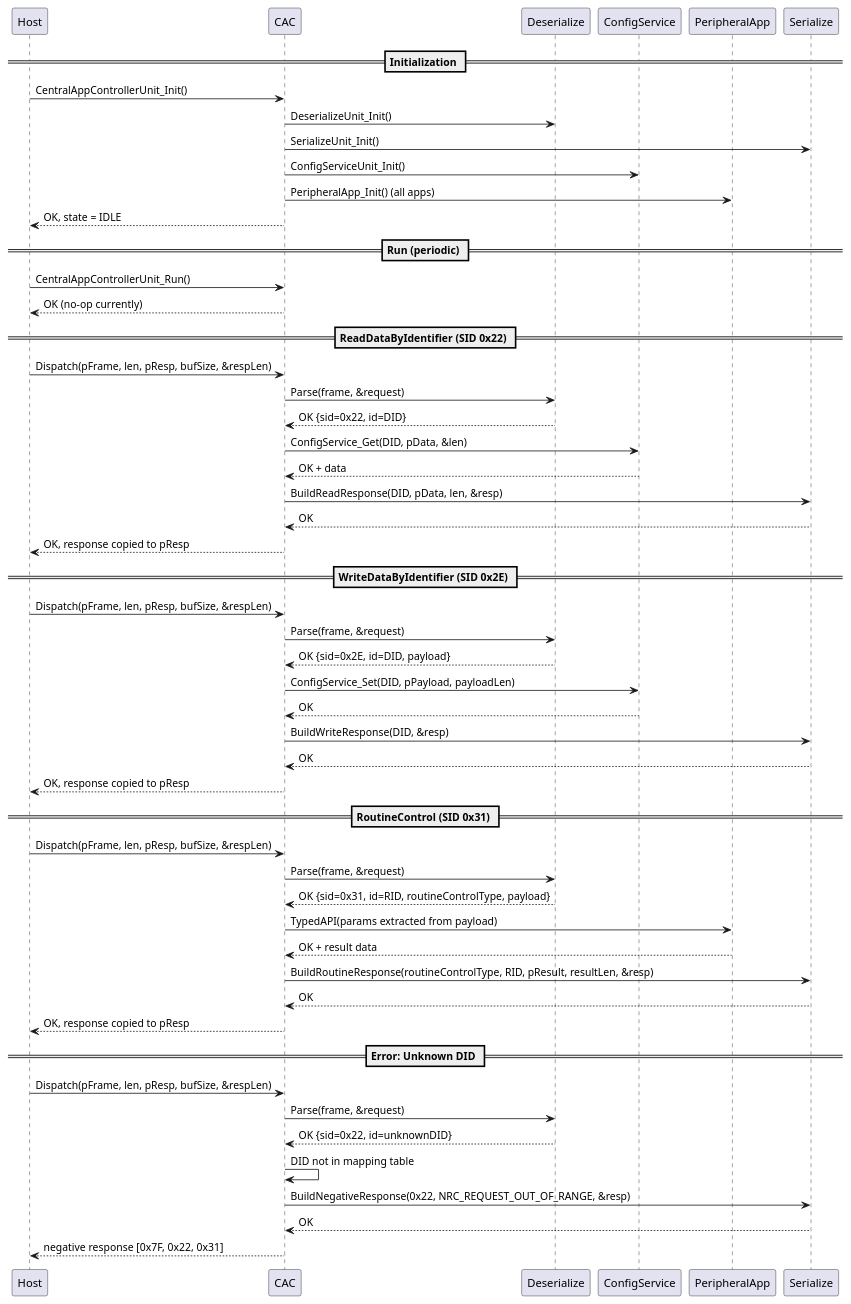
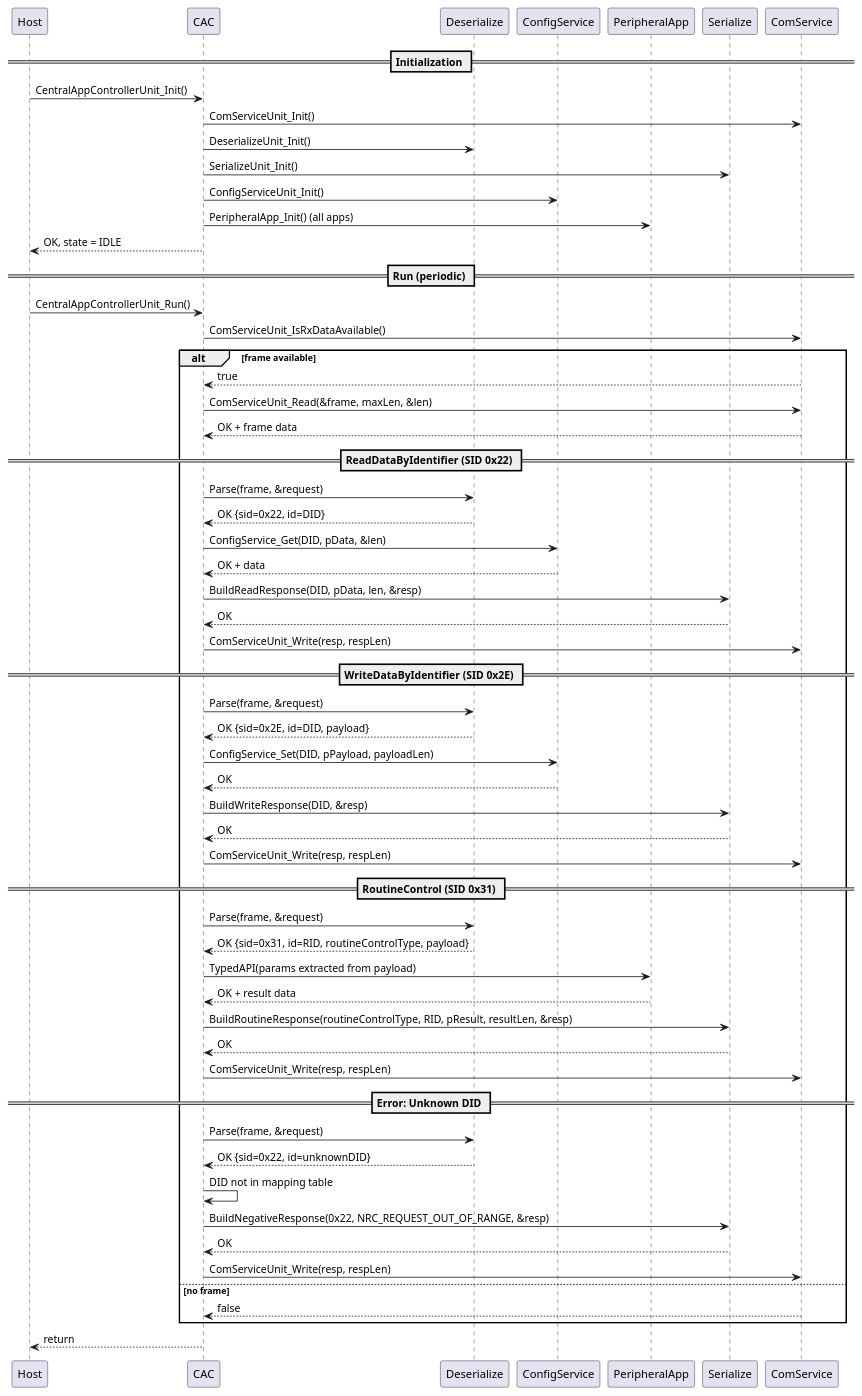
Before and after one commit to LinhTrucVo/Bico_Protocol_Bridge: the diagram in 3_swComp/layer3Application/centralAppController/2_design/centralAppControllerSequenceDiagram.puml, drawn with PlantUML. The commit also changed 42 other files, not shown here.

First line of the commit message:
feat: Implement ComService for buffered serial communication

```diff
--- a/3_swComp/layer3Application/centralAppController/2_design/centralAppControllerSequenceDiagram.puml
+++ b/3_swComp/layer3Application/centralAppController/2_design/centralAppControllerSequenceDiagram.puml
@@ -1,59 +1,66 @@
 @startuml centralAppControllerSequenceDiagram
 participant "Host" as host
 participant "CAC" as cac
 participant "Deserialize" as des
 participant "ConfigService" as cfg
 participant "PeripheralApp" as app
 participant "Serialize" as ser
+participant "ComService" as com
 
 == Initialization ==
 host -> cac : CentralAppControllerUnit_Init()
+cac -> com : ComServiceUnit_Init()
 cac -> des : DeserializeUnit_Init()
 cac -> ser : SerializeUnit_Init()
 cac -> cfg : ConfigServiceUnit_Init()
 cac -> app : PeripheralApp_Init() (all apps)
 cac --> host : OK, state = IDLE
 
 == Run (periodic) ==
 host -> cac : CentralAppControllerUnit_Run()
-cac --> host : OK (no-op currently)
+cac -> com : ComServiceUnit_IsRxDataAvailable()
+alt frame available
+  com --> cac : true
+  cac -> com : ComServiceUnit_Read(&frame, maxLen, &len)
+  com --> cac : OK + frame data
 
-== ReadDataByIdentifier (SID 0x22) ==
-host -> cac : Dispatch(pFrame, len, pResp, bufSize, &respLen)
-cac -> des : Parse(frame, &request)
-des --> cac : OK {sid=0x22, id=DID}
-cac -> cfg : ConfigService_Get(DID, pData, &len)
-cfg --> cac : OK + data
-cac -> ser : BuildReadResponse(DID, pData, len, &resp)
-ser --> cac : OK
-cac --> host : OK, response copied to pResp
+  == ReadDataByIdentifier (SID 0x22) ==
+  cac -> des : Parse(frame, &request)
+  des --> cac : OK {sid=0x22, id=DID}
+  cac -> cfg : ConfigService_Get(DID, pData, &len)
+  cfg --> cac : OK + data
+  cac -> ser : BuildReadResponse(DID, pData, len, &resp)
+  ser --> cac : OK
+  cac -> com : ComServiceUnit_Write(resp, respLen)
 
-== WriteDataByIdentifier (SID 0x2E) ==
-host -> cac : Dispatch(pFrame, len, pResp, bufSize, &respLen)
-cac -> des : Parse(frame, &request)
-des --> cac : OK {sid=0x2E, id=DID, payload}
-cac -> cfg : ConfigService_Set(DID, pPayload, payloadLen)
-cfg --> cac : OK
-cac -> ser : BuildWriteResponse(DID, &resp)
-ser --> cac : OK
-cac --> host : OK, response copied to pResp
+  == WriteDataByIdentifier (SID 0x2E) ==
+  cac -> des : Parse(frame, &request)
+  des --> cac : OK {sid=0x2E, id=DID, payload}
+  cac -> cfg : ConfigService_Set(DID, pPayload, payloadLen)
+  cfg --> cac : OK
+  cac -> ser : BuildWriteResponse(DID, &resp)
+  ser --> cac : OK
+  cac -> com : ComServiceUnit_Write(resp, respLen)
 
-== RoutineControl (SID 0x31) ==
-host -> cac : Dispatch(pFrame, len, pResp, bufSize, &respLen)
-cac -> des : Parse(frame, &request)
-des --> cac : OK {sid=0x31, id=RID, routineControlType, payload}
-cac -> app : TypedAPI(params extracted from payload)
-app --> cac : OK + result data
-cac -> ser : BuildRoutineResponse(routineControlType, RID, pResult, resultLen, &resp)
-ser --> cac : OK
-cac --> host : OK, response copied to pResp
+  == RoutineControl (SID 0x31) ==
+  cac -> des : Parse(frame, &request)
+  des --> cac : OK {sid=0x31, id=RID, routineControlType, payload}
+  cac -> app : TypedAPI(params extracted from payload)
+  app --> cac : OK + result data
+  cac -> ser : BuildRoutineResponse(routineControlType, RID, pResult, resultLen, &resp)
+  ser --> cac : OK
+  cac -> com : ComServiceUnit_Write(resp, respLen)
 
-== Error: Unknown DID ==
-host -> cac : Dispatch(pFrame, len, pResp, bufSize, &respLen)
-cac -> des : Parse(frame, &request)
-des --> cac : OK {sid=0x22, id=unknownDID}
-cac -> cac : DID not in mapping table
-cac -> ser : BuildNegativeResponse(0x22, NRC_REQUEST_OUT_OF_RANGE, &resp)
-ser --> cac : OK
-cac --> host : negative response [0x7F, 0x22, 0x31]
+  == Error: Unknown DID ==
+  cac -> des : Parse(frame, &request)
+  des --> cac : OK {sid=0x22, id=unknownDID}
+  cac -> cac : DID not in mapping table
+  cac -> ser : BuildNegativeResponse(0x22, NRC_REQUEST_OUT_OF_RANGE, &resp)
+  ser --> cac : OK
+  cac -> com : ComServiceUnit_Write(resp, respLen)
+
+else no frame
+  com --> cac : false
+end
+cac --> host : return
 @enduml
```
